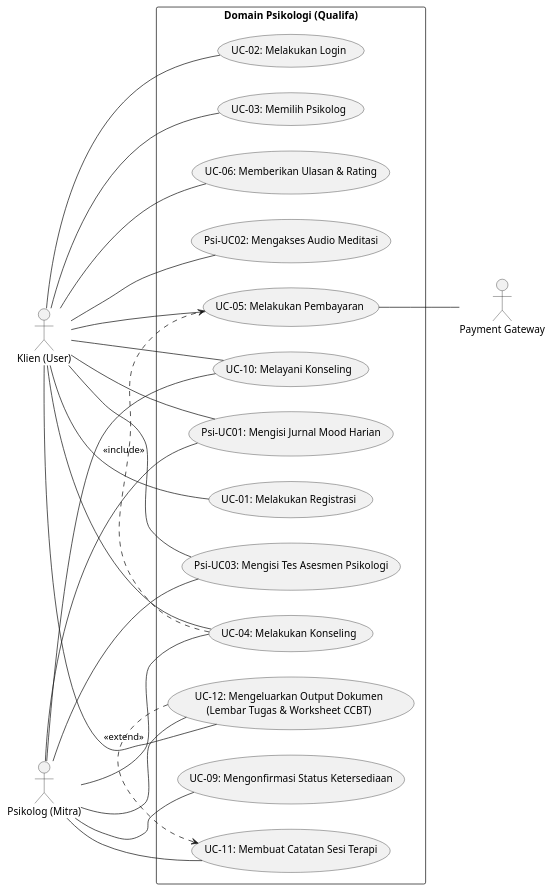
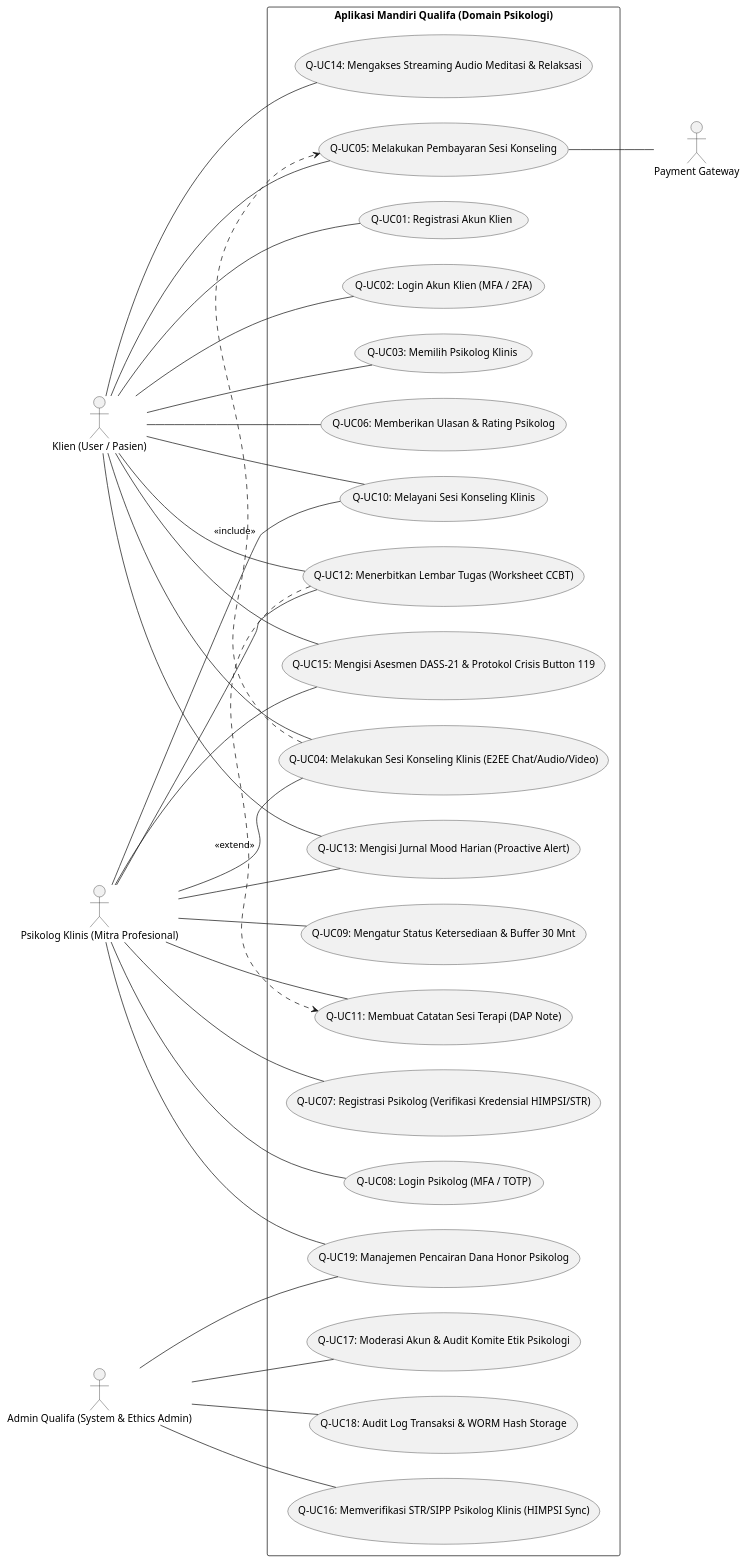
The second of 2 diagrams in MarkDown/plantuml_uc_diagrams.md (tupperwureism/SuperApp-Gagal), drawn with PlantUML before and after one commit. The commit also changed other lines of this file and 60 other files, not shown here.

Commit message:
feat(ui/ux): implement Role-Aware Routing, domain separation (Qualifa & Justifiqa), and 6-Pillar UI Spec

````diff
--- a/MarkDown/plantuml_uc_diagrams.md
+++ b/MarkDown/plantuml_uc_diagrams.md
@@ -151,55 +98,73 @@
 ```plantuml
 @startuml
 left to right direction
 skinparam packageStyle rectangle
 
-actor "Klien (User)" as Klien
-actor "Psikolog (Mitra)" as Mitra
+actor "Klien (User / Pasien)" as Klien
+actor "Psikolog Klinis (Mitra Profesional)" as Mitra
+actor "Admin Qualifa (System & Ethics Admin)" as Admin
 actor "Payment Gateway" as PG
 
-rectangle "Domain Psikologi (Qualifa)" {
-  ' Core UC
-  usecase "UC-01: Melakukan Registrasi" as UC01
-  usecase "UC-02: Melakukan Login" as UC02
-  usecase "UC-03: Memilih Psikolog" as UC03
-  usecase "UC-04: Melakukan Konseling" as UC04
-  usecase "UC-05: Melakukan Pembayaran" as UC05
-  usecase "UC-06: Memberikan Ulasan & Rating" as UC06
-  usecase "UC-09: Mengonfirmasi Status Ketersediaan" as UC09
-  usecase "UC-10: Melayani Konseling" as UC10
-  usecase "UC-11: Membuat Catatan Sesi Terapi" as UC11
-  usecase "UC-12: Mengeluarkan Output Dokumen\n(Lembar Tugas & Worksheet CCBT)" as UC12
+rectangle "Aplikasi Mandiri Qualifa (Domain Psikologi)" {
+  ' Client & Partner Core Flows
+  usecase "Q-UC01: Registrasi Akun Klien" as UC01
+  usecase "Q-UC02: Login Akun Klien (MFA / 2FA)" as UC02
+  usecase "Q-UC03: Memilih Psikolog Klinis" as UC03
+  usecase "Q-UC04: Melakukan Sesi Konseling Klinis (E2EE Chat/Audio/Video)" as UC04
+  usecase "Q-UC05: Melakukan Pembayaran Sesi Konseling" as UC05
+  usecase "Q-UC06: Memberikan Ulasan & Rating Psikolog" as UC06
   
-  ' Spesifik Psikologi
-  usecase "Psi-UC01: Mengisi Jurnal Mood Harian" as PUC01
-  usecase "Psi-UC02: Mengakses Audio Meditasi" as PUC02
-  usecase "Psi-UC03: Mengisi Tes Asesmen Psikologi" as PUC03
+  usecase "Q-UC07: Registrasi Psikolog (Verifikasi Kredensial HIMPSI/STR)" as UC07
+  usecase "Q-UC08: Login Psikolog (MFA / TOTP)" as UC08
+  usecase "Q-UC09: Mengatur Status Ketersediaan & Buffer 30 Mnt" as UC09
+  usecase "Q-UC10: Melayani Sesi Konseling Klinis" as UC10
+  usecase "Q-UC11: Membuat Catatan Sesi Terapi (DAP Note)" as UC11
+  usecase "Q-UC12: Menerbitkan Lembar Tugas (Worksheet CCBT)" as UC12
+  
+  ' Domain Specific Psychology Flows
+  usecase "Q-UC13: Mengisi Jurnal Mood Harian (Proactive Alert)" as UC13
+  usecase "Q-UC14: Mengakses Streaming Audio Meditasi & Relaksasi" as UC14
+  usecase "Q-UC15: Mengisi Asesmen DASS-21 & Protokol Crisis Button 119" as UC15
+  
+  ' Independent Admin Flows
+  usecase "Q-UC16: Memverifikasi STR/SIPP Psikolog Klinis (HIMPSI Sync)" as UC16
+  usecase "Q-UC17: Moderasi Akun & Audit Komite Etik Psikologi" as UC17
+  usecase "Q-UC18: Audit Log Transaksi & WORM Hash Storage" as UC18
+  usecase "Q-UC19: Manajemen Pencairan Dana Honor Psikolog" as UC19
   
   UC04 .> UC05 : <<include>>
   UC12 .> UC11 : <<extend>>
 }
 
 Klien -- UC01
 Klien -- UC02
 Klien -- UC03
 Klien -- UC04
 Klien -- UC05
 Klien -- UC06
 Klien -- UC12
-Klien -- PUC01
-Klien -- PUC02
-Klien -- PUC03
+Klien -- UC13
+Klien -- UC14
+Klien -- UC15
 
 Mitra -- UC04
 Klien -- UC10
 
+Mitra -- UC07
+Mitra -- UC08
 Mitra -- UC09
 Mitra -- UC10
 Mitra -- UC11
 Mitra -- UC12
-Mitra -- PUC01
-Mitra -- PUC03
+Mitra -- UC13
+Mitra -- UC15
+Mitra -- UC19
+
+Admin -- UC16
+Admin -- UC17
+Admin -- UC18
+Admin -- UC19
 
 UC05 -- PG
 @enduml
 ```
````
